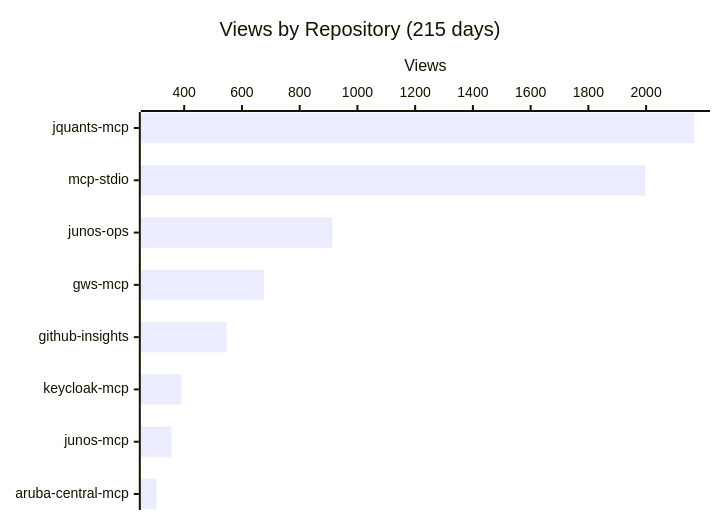
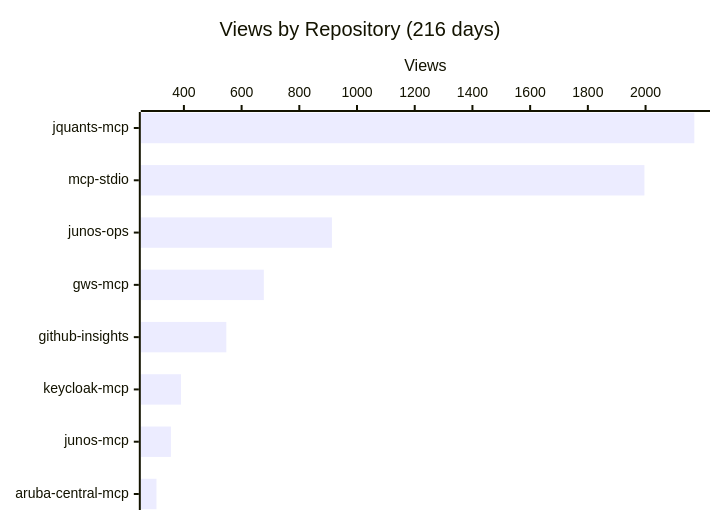
One commit to shigechika/github-insights changed the first of 4 diagrams in README.md. Above: the diagram before and after it, drawn with Mermaid. The commit also changed other lines of this file and 2 other files, not shown here.

````diff
--- a/README.md
+++ b/README.md
@@ -18,7 +18,7 @@
 ```mermaid
 xychart-beta horizontal
-    title "Views by Repository (215 days)"
+    title "Views by Repository (216 days)"
     x-axis ["jquants-mcp", "mcp-stdio", "junos-ops", "gws-mcp", "github-insights", "keycloak-mcp", "junos-mcp", "aruba-central-mcp"]
     y-axis "Views"
-    bar [2167, 1996, 913, 677, 547, 390, 355, 304]
+    bar [2169, 1996, 913, 677, 547, 390, 355, 305]
 ```
````
